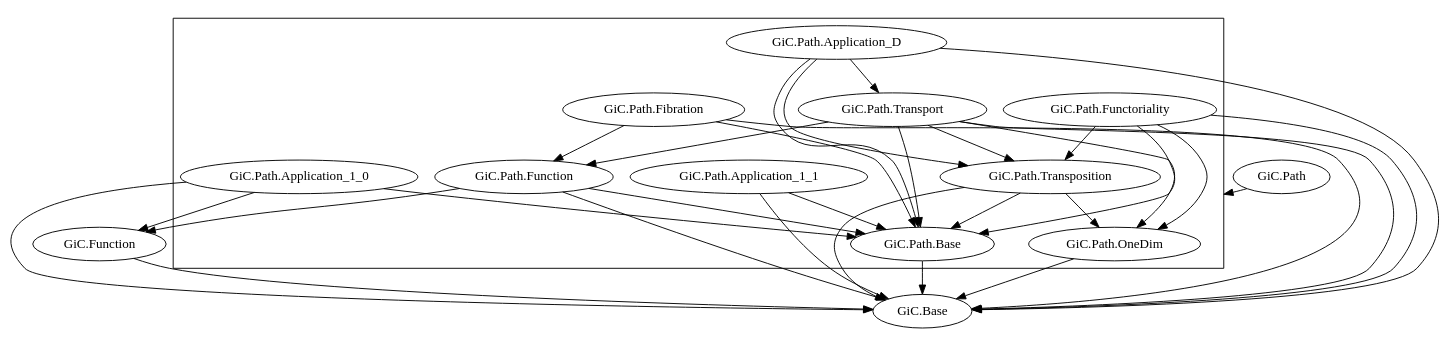
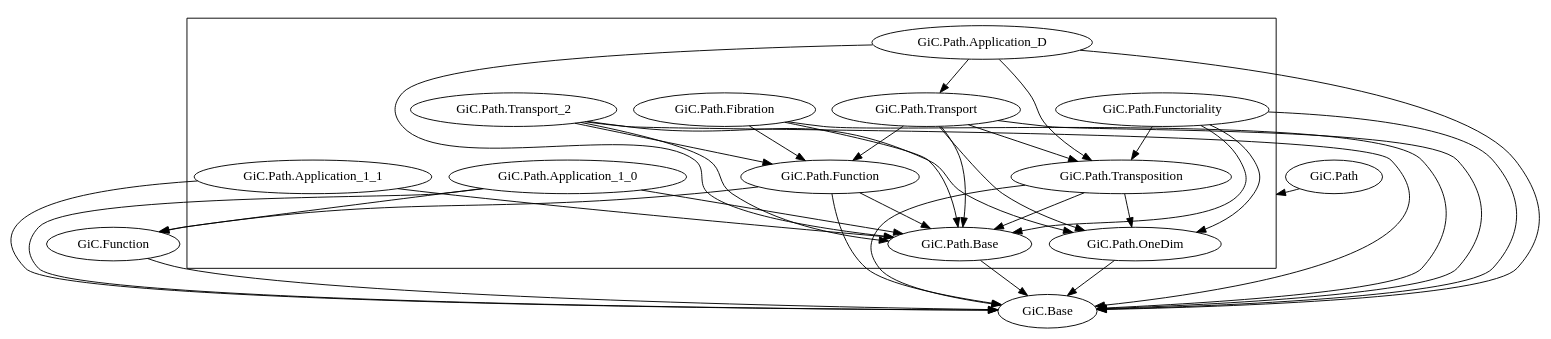
Before and after one commit to Hexirp/googology-in-coq: the diagram in documents/libraries.gv, drawn with Graphviz.

Commit message:
Update: documents/libraries.gv を
GiC.Path.Transport_2 を加えるため。

```diff
--- a/documents/libraries.gv
+++ b/documents/libraries.gv
@@ -1,73 +1,80 @@
 digraph dependency_graph {
   compound = true;
 
   # GiC.Base
 
   # GiC.Function
   "GiC.Function" -> "GiC.Base";
 
   # GiC.Path.Base
   "GiC.Path.Base" -> "GiC.Base";
 
   # GiC.Path.Function
   "GiC.Path.Function" -> "GiC.Base";
   "GiC.Path.Function" -> "GiC.Function";
   "GiC.Path.Function" -> "GiC.Path.Base";
 
   # GiC.Path.OneDim
   "GiC.Path.OneDim" -> "GiC.Base";
 
   # GiC.Path.Transposition
   "GiC.Path.Transposition" -> "GiC.Base";
   "GiC.Path.Transposition" -> "GiC.Path.Base";
   "GiC.Path.Transposition" -> "GiC.Path.OneDim";
 
   # GiC.Path.Functoriality
   "GiC.Path.Functoriality" -> "GiC.Base";
   "GiC.Path.Functoriality" -> "GiC.Path.Base";
   "GiC.Path.Functoriality" -> "GiC.Path.OneDim";
   "GiC.Path.Functoriality" -> "GiC.Path.Transposition";
 
   # GiC.Path.Application_1_0
   "GiC.Path.Application_1_0" -> "GiC.Base";
   "GiC.Path.Application_1_0" -> "GiC.Function";
   "GiC.Path.Application_1_0" -> "GiC.Path.Base";
 
   # GiC.Path.Application_1_1
   "GiC.Path.Application_1_1" -> "GiC.Base";
   "GiC.Path.Application_1_1" -> "GiC.Path.Base";
 
   # GiC.Path.Transport
   "GiC.Path.Transport" -> "GiC.Base";
   "GiC.Path.Transport" -> "GiC.Path.Base";
   "GiC.Path.Transport" -> "GiC.Path.Function";
   "GiC.Path.Transport" -> "GiC.Path.OneDim";
   "GiC.Path.Transport" -> "GiC.Path.Transposition";
 
   # GiC.Path.Fibration
   "GiC.Path.Fibration" -> "GiC.Base";
   "GiC.Path.Fibration" -> "GiC.Path.Base";
   "GiC.Path.Fibration" -> "GiC.Path.Function";
 
+  # GiC.Path.Transport_2
+  "GiC.Path.Transport_2" -> "GiC.Base";
+  "GiC.Path.Transport_2" -> "GiC.Path.Base";
+  "GiC.Path.Transport_2" -> "GiC.Path.Function";
+  "GiC.Path.Transport_2" -> "GiC.Path.OneDim";
+
   # GiC.Path.Application_D
   "GiC.Path.Application_D" -> "GiC.Base";
   "GiC.Path.Application_D" -> "GiC.Path.Base";
   "GiC.Path.Application_D" -> "GiC.Path.Transposition";
   "GiC.Path.Application_D" -> "GiC.Path.Transport";
 
   # GiC.Path
   subgraph cluster_GiC_Path {
     "GiC.Path.Base";
     "GiC.Path.Function";
     "GiC.Path.OneDim";
     "GiC.Path.Transposition";
     "GiC.Path.Functoriality";
     "GiC.Path.Application_1_0";
     "GiC.Path.Application_1_1";
     "GiC.Path.Transport";
     "GiC.Path.Fibration";
+    "GiC.Path.Transport_2";
     "GiC.Path.Application_D";
   }
 
   "GiC.Path" -> "GiC.Path.Base" [lhead = cluster_GiC_Path];
 }
```
